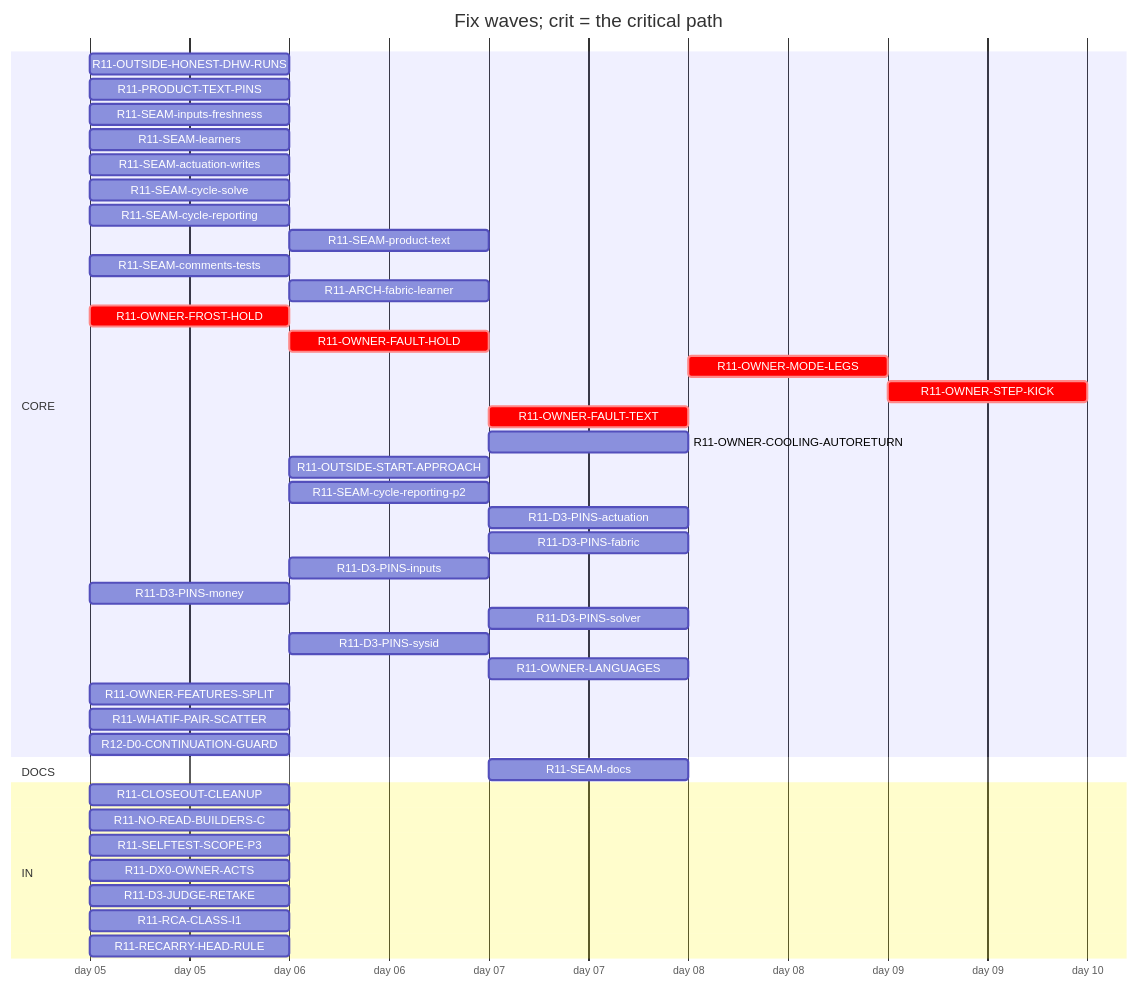
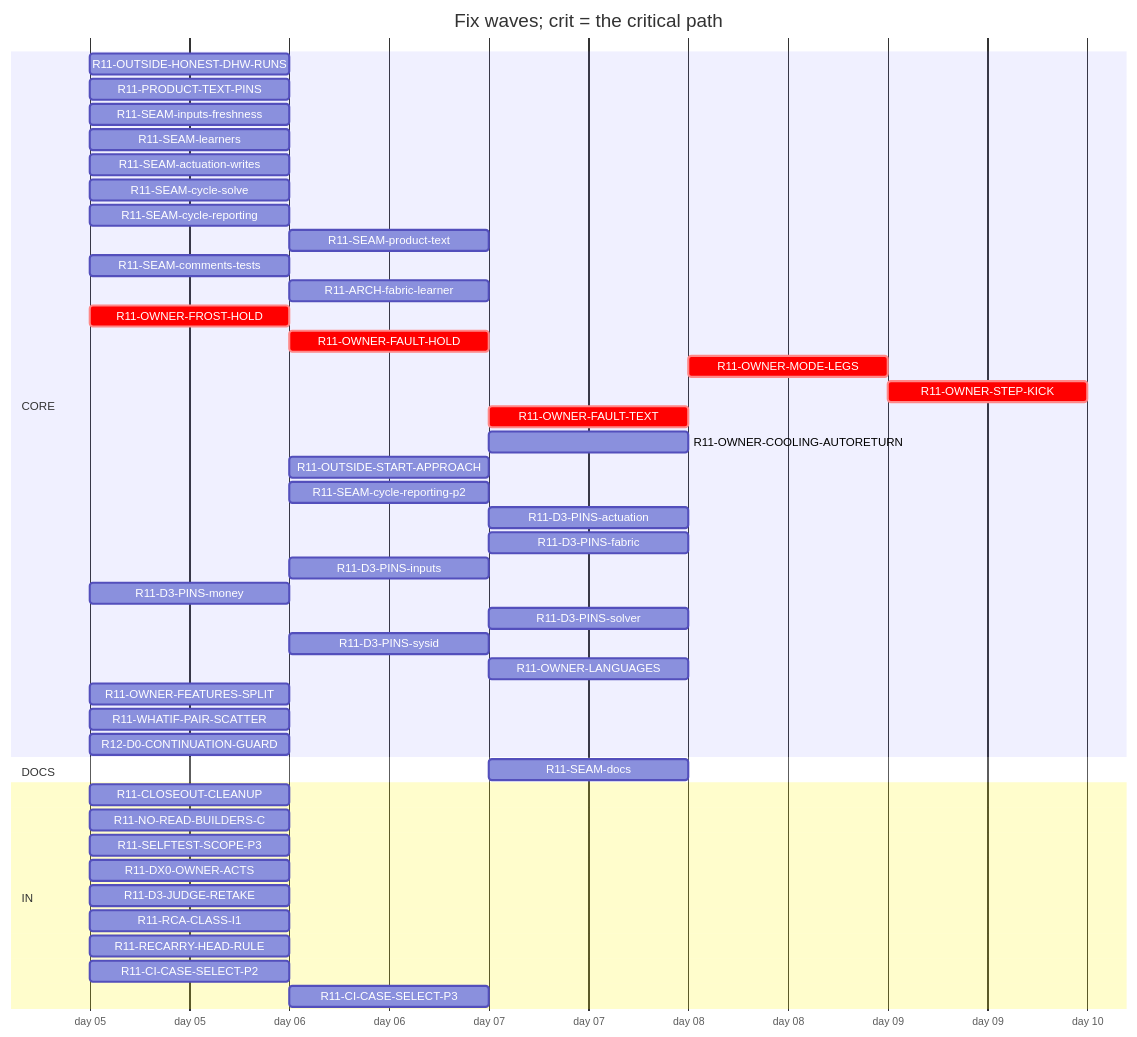
The diagram in handoff/round11/state/PLAN-TABLE.md (tvofi/heatpump_optimizer), drawn with Mermaid before and after one commit. The commit also changed other lines of this file and 4 other files, not shown here.

Commit message:
state: FLOW-BOARD.md, NEXT-SESSION-PROMPT.md, PLAN-TABLE.md, PLAN.html, RESUME-CURRENT.md regenerated (state_docs.py)

````diff
--- a/handoff/round11/state/PLAN-TABLE.md
+++ b/handoff/round11/state/PLAN-TABLE.md
@@ -16,45 +16,47 @@
 ```mermaid
 gantt
   title Fix waves; crit = the critical path
   dateFormat YYYY-MM-DD
   axisFormat day %d
   section CORE
     R11-OUTSIDE-HONEST-DHW-RUNS :r11OUTSIDEHONESTDHWRUNS, 2026-01-05, 1d
     R11-PRODUCT-TEXT-PINS :r11PRODUCTTEXTPINS, 2026-01-05, 1d
     R11-SEAM-inputs-freshness :r11SEAMinputsfreshness, 2026-01-05, 1d
     R11-SEAM-learners :r11SEAMlearners, 2026-01-05, 1d
     R11-SEAM-actuation-writes :r11SEAMactuationwrites, 2026-01-05, 1d
     R11-SEAM-cycle-solve :r11SEAMcyclesolve, 2026-01-05, 1d
     R11-SEAM-cycle-reporting :r11SEAMcyclereporting, 2026-01-05, 1d
     R11-SEAM-product-text :r11SEAMproducttext, after r11SEAMactuationwrites r11SEAMinputsfreshness r11SEAMcyclesolve r11SEAMcyclereporting, 1d
     R11-SEAM-comments-tests :r11SEAMcommentstests, 2026-01-05, 1d
     R11-ARCH-fabric-learner :r11ARCHfabriclearner, after r11SEAMlearners, 1d
     R11-OWNER-FROST-HOLD :crit, r11OWNERFROSTHOLD, 2026-01-05, 1d
     R11-OWNER-FAULT-HOLD :crit, r11OWNERFAULTHOLD, after r11OWNERFROSTHOLD, 1d
     R11-OWNER-MODE-LEGS :crit, r11OWNERMODELEGS, after r11OWNERFAULTTEXT, 1d
     R11-OWNER-STEP-KICK :crit, r11OWNERSTEPKICK, after r11OWNERMODELEGS, 1d
     R11-OWNER-FAULT-TEXT :crit, r11OWNERFAULTTEXT, after r11OWNERFAULTHOLD, 1d
     R11-OWNER-COOLING-AUTORETURN :r11OWNERCOOLINGAUTORETURN, after r11OWNERFAULTHOLD, 1d
     R11-OUTSIDE-START-APPROACH :r11OUTSIDESTARTAPPROACH, after r11OUTSIDEHONESTDHWRUNS r11SEAMlearners, 1d
     R11-SEAM-cycle-reporting-p2 :r11SEAMcyclereportingp2, after r11SEAMcyclereporting r11SEAMactuationwrites r11SEAMlearners, 1d
     R11-D3-PINS-actuation :r11D3PINSactuation, after r11SEAMactuationwrites r11OWNERFAULTHOLD, 1d
     R11-D3-PINS-fabric :r11D3PINSfabric, after r11ARCHfabriclearner r11SEAMcyclereporting r11OUTSIDESTARTAPPROACH, 1d
     R11-D3-PINS-inputs :r11D3PINSinputs, after r11SEAMinputsfreshness, 1d
     R11-D3-PINS-money :r11D3PINSmoney, 2026-01-05, 1d
     R11-D3-PINS-solver :r11D3PINSsolver, after r11OUTSIDESTARTAPPROACH r11SEAMcyclereporting, 1d
     R11-D3-PINS-sysid :r11D3PINSsysid, after r11SEAMlearners, 1d
     R11-OWNER-LANGUAGES :r11OWNERLANGUAGES, after r11SEAMproducttext, 1d
     R11-OWNER-FEATURES-SPLIT :r11OWNERFEATURESSPLIT, 2026-01-05, 1d
     R11-WHATIF-PAIR-SCATTER :r11WHATIFPAIRSCATTER, 2026-01-05, 1d
     R12-D0-CONTINUATION-GUARD :r12D0CONTINUATIONGUARD, 2026-01-05, 1d
   section DOCS
     R11-SEAM-docs :r11SEAMdocs, after r11SEAMlearners r11SEAMactuationwrites r11SEAMinputsfreshness r11SEAMcyclesolve r11SEAMcyclereporting r11SEAMproducttext, 1d
   section IN
     R11-CLOSEOUT-CLEANUP :r11CLOSEOUTCLEANUP, 2026-01-05, 1d
     R11-NO-READ-BUILDERS-C :r11NOREADBUILDERSC, 2026-01-05, 1d
     R11-SELFTEST-SCOPE-P3 :r11SELFTESTSCOPEP3, 2026-01-05, 1d
     R11-DX0-OWNER-ACTS :r11DX0OWNERACTS, 2026-01-05, 1d
     R11-D3-JUDGE-RETAKE :r11D3JUDGERETAKE, 2026-01-05, 1d
     R11-RCA-CLASS-I1 :r11RCACLASSI1, 2026-01-05, 1d
     R11-RECARRY-HEAD-RULE :r11RECARRYHEADRULE, 2026-01-05, 1d
+    R11-CI-CASE-SELECT-P2 :r11CICASESELECTP2, 2026-01-05, 1d
+    R11-CI-CASE-SELECT-P3 :r11CICASESELECTP3, after r11CICASESELECTP2, 1d
 ```
````
